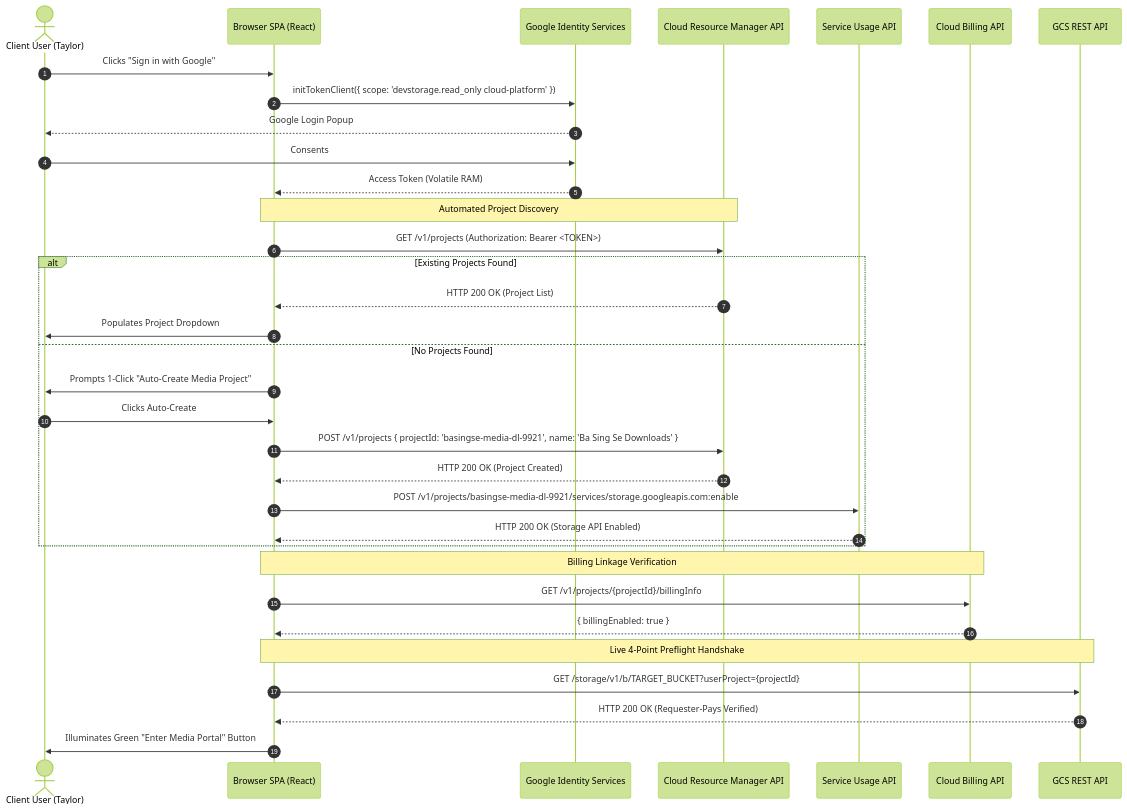
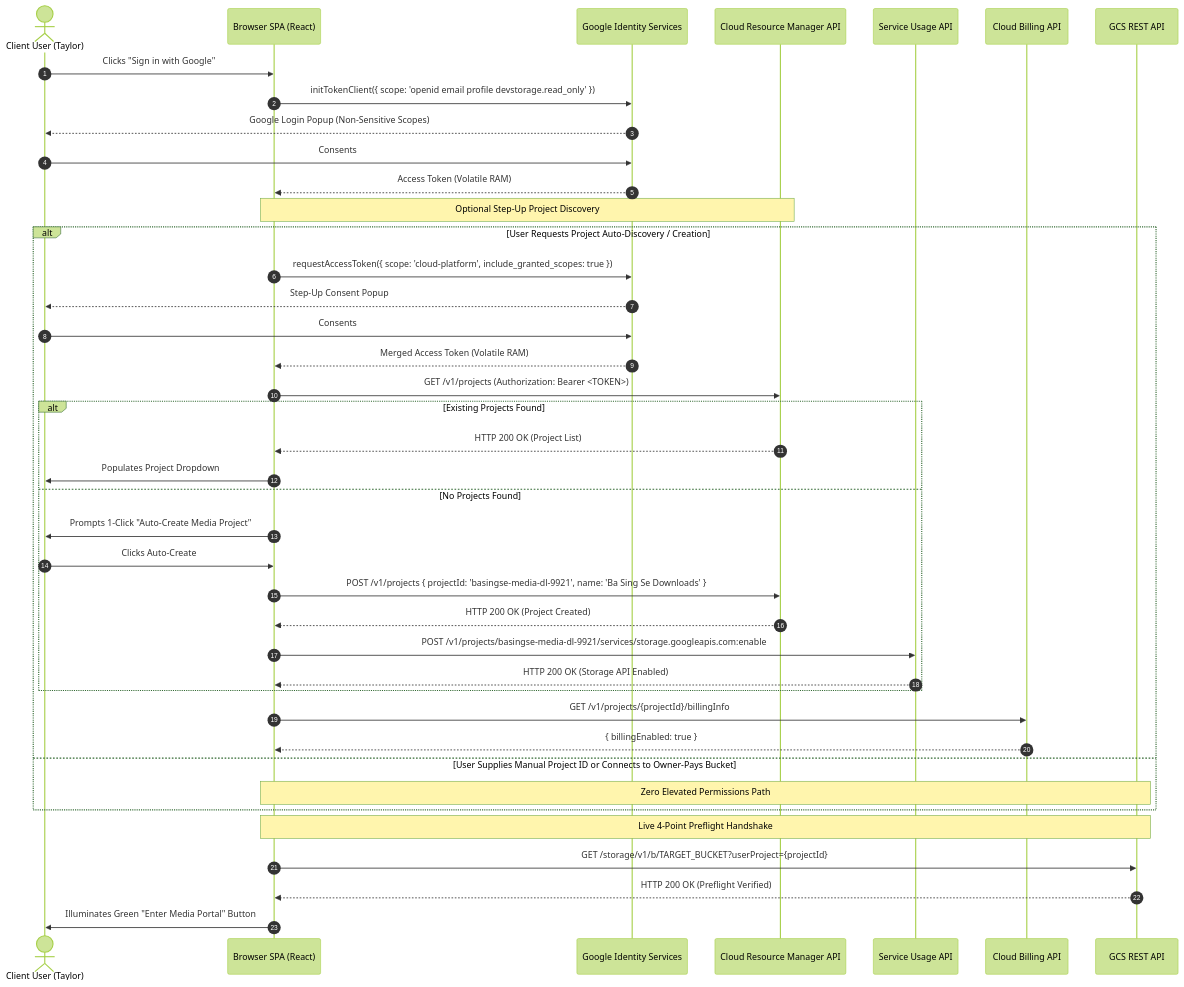
The third of 4 diagrams in docs/requirements/web_and_backend_architecture_requirements.md (NovaLogicDev/FilesOfBaSingSe), drawn with Mermaid (forest theme) before and after one commit. The commit also changed other lines of this file and 9 other files, not shown here.

Commit message:
docs: add Google Trust & Safety, minimal scopes, Epic 14, Module 14, and Privacy Policy specifications

````diff
--- a/docs/requirements/web_and_backend_architecture_requirements.md
+++ b/docs/requirements/web_and_backend_architecture_requirements.md
@@ -222,40 +224,46 @@
 ```mermaid
 sequenceDiagram
     autonumber
     actor User as Client User (Taylor)
     participant App as Browser SPA (React)
     participant GIS as Google Identity Services
     participant CRM as Cloud Resource Manager API
     participant SU as Service Usage API
     participant CB as Cloud Billing API
     participant GCS as GCS REST API
 
     User->>App: Clicks "Sign in with Google"
-    App->>GIS: initTokenClient({ scope: 'devstorage.read_only cloud-platform' })
-    GIS-->>User: Google Login Popup
+    App->>GIS: initTokenClient({ scope: 'openid email profile devstorage.read_only' })
+    GIS-->>User: Google Login Popup (Non-Sensitive Scopes)
     User->>GIS: Consents
     GIS-->>App: Access Token (Volatile RAM)
 
-    Note over App,CRM: Automated Project Discovery
-    App->>CRM: GET /v1/projects (Authorization: Bearer <TOKEN>)
-    alt Existing Projects Found
-        CRM-->>App: HTTP 200 OK (Project List)
-        App->>User: Populates Project Dropdown
-    else No Projects Found
-        App->>User: Prompts 1-Click "Auto-Create Media Project"
-        User->>App: Clicks Auto-Create
-        App->>CRM: POST /v1/projects { projectId: 'basingse-media-dl-9921', name: 'Ba Sing Se Downloads' }
-        CRM-->>App: HTTP 200 OK (Project Created)
-        App->>SU: POST /v1/projects/basingse-media-dl-9921/services/storage.googleapis.com:enable
-        SU-->>App: HTTP 200 OK (Storage API Enabled)
+    Note over App,CRM: Optional Step-Up Project Discovery
+    alt User Requests Project Auto-Discovery / Creation
+        App->>GIS: requestAccessToken({ scope: 'cloud-platform', include_granted_scopes: true })
+        GIS-->>User: Step-Up Consent Popup
+        User->>GIS: Consents
+        GIS-->>App: Merged Access Token (Volatile RAM)
+        App->>CRM: GET /v1/projects (Authorization: Bearer <TOKEN>)
+        alt Existing Projects Found
+            CRM-->>App: HTTP 200 OK (Project List)
+            App->>User: Populates Project Dropdown
+        else No Projects Found
+            App->>User: Prompts 1-Click "Auto-Create Media Project"
+            User->>App: Clicks Auto-Create
+            App->>CRM: POST /v1/projects { projectId: 'basingse-media-dl-9921', name: 'Ba Sing Se Downloads' }
+            CRM-->>App: HTTP 200 OK (Project Created)
+            App->>SU: POST /v1/projects/basingse-media-dl-9921/services/storage.googleapis.com:enable
+            SU-->>App: HTTP 200 OK (Storage API Enabled)
+        end
+        App->>CB: GET /v1/projects/{projectId}/billingInfo
+        CB-->>App: { billingEnabled: true }
+    else User Supplies Manual Project ID or Connects to Owner-Pays Bucket
+        Note over App,GCS: Zero Elevated Permissions Path
     end
-
-    Note over App,CB: Billing Linkage Verification
-    App->>CB: GET /v1/projects/{projectId}/billingInfo
-    CB-->>App: { billingEnabled: true }
 
     Note over App,GCS: Live 4-Point Preflight Handshake
     App->>GCS: GET /storage/v1/b/TARGET_BUCKET?userProject={projectId}
-    GCS-->>App: HTTP 200 OK (Requester-Pays Verified)
+    GCS-->>App: HTTP 200 OK (Preflight Verified)
     App->>User: Illuminates Green "Enter Media Portal" Button
 ```
````
